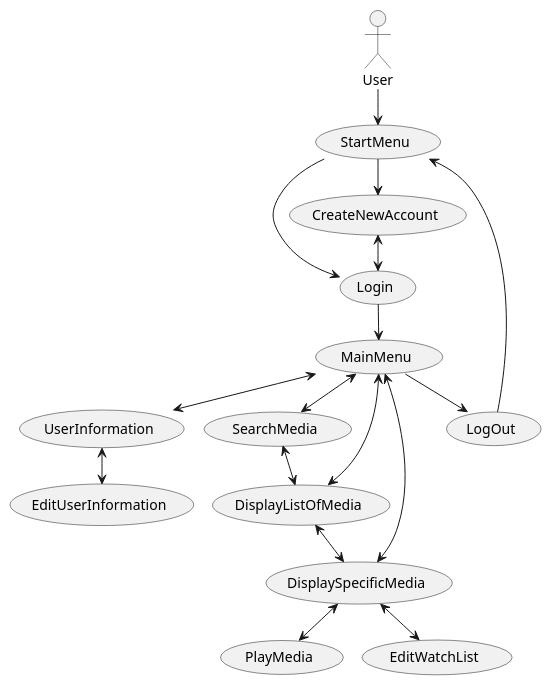
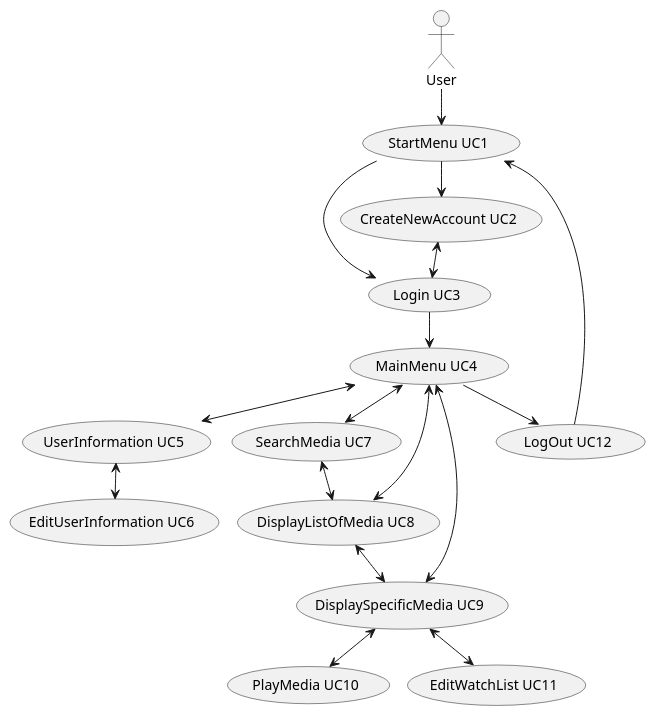
One commit to JonasChristoffersen/SP3 changed the diagram in doc/dynamic/MegaUseCaseV2.puml. Above: the diagram before and after it, drawn with PlantUML. The commit also changed 2 other files, not shown here.

Commit message:
Updated diagrams

```diff
--- a/doc/dynamic/MegaUseCaseV2.puml
+++ b/doc/dynamic/MegaUseCaseV2.puml
@@ -1,29 +1,29 @@
 @startuml
 
 !pragma layout smetana
 
-User --> (StartMenu)
+User --> (StartMenu UC1)
 
-(StartMenu) --> (Login)
-(StartMenu) --> (CreateNewAccount)
-(CreateNewAccount) <--> (Login)
-(Login) --> (MainMenu)
+(StartMenu UC1) --> (Login UC3)
+(StartMenu UC1) --> (CreateNewAccount UC2)
+(CreateNewAccount UC2) <--> (Login UC3)
+(Login UC3) --> (MainMenu UC4)
 
-(MainMenu) <--> (UserInformation)
-(MainMenu) <--> (SearchMedia)
-(MainMenu) --> (LogOut)
-(MainMenu) <--> (DisplayListOfMedia)
-(MainMenu) <--> (DisplaySpecificMedia)
+(MainMenu UC4) <--> (UserInformation UC5)
+(MainMenu UC4) <--> (SearchMedia UC7)
+(MainMenu UC4) --> (LogOut UC12)
+(MainMenu UC4) <--> (DisplayListOfMedia UC8)
+(MainMenu UC4) <--> (DisplaySpecificMedia UC9)
 
-(UserInformation) <--> (EditUserInformation)
+(UserInformation UC5) <--> (EditUserInformation UC6)
 
-(SearchMedia) <--> (DisplayListOfMedia)
-(DisplayListOfMedia) <--> (DisplaySpecificMedia)
+(SearchMedia UC7) <--> (DisplayListOfMedia UC8)
+(DisplayListOfMedia UC8) <--> (DisplaySpecificMedia UC9)
 
-(DisplaySpecificMedia) <--> (PlayMedia)
-(DisplaySpecificMedia) <--> (EditWatchList)
+(DisplaySpecificMedia UC9) <--> (PlayMedia UC10)
+(DisplaySpecificMedia UC9) <--> (EditWatchList UC11)
 
-(LogOut) --> (StartMenu)
+(LogOut UC12) --> (StartMenu UC1)
 
 
 @enduml
```
